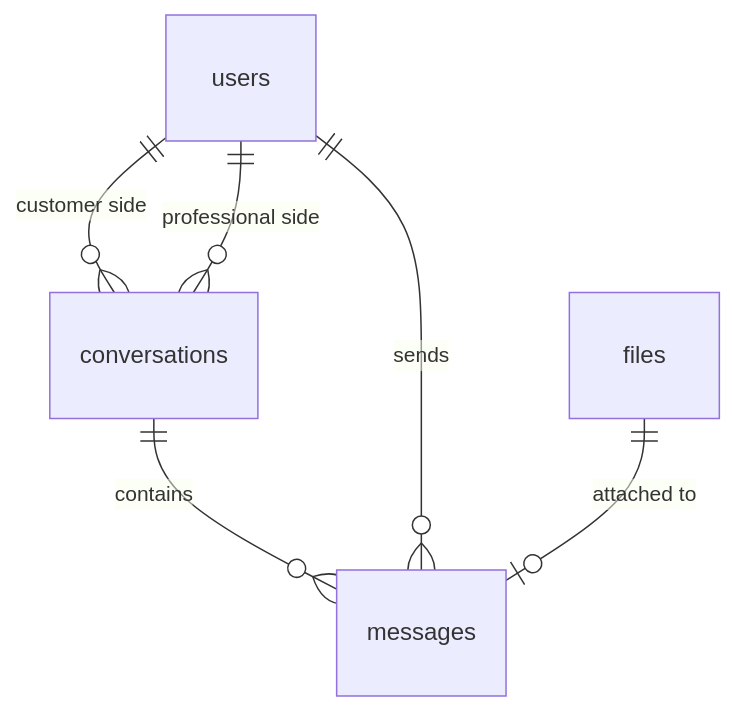
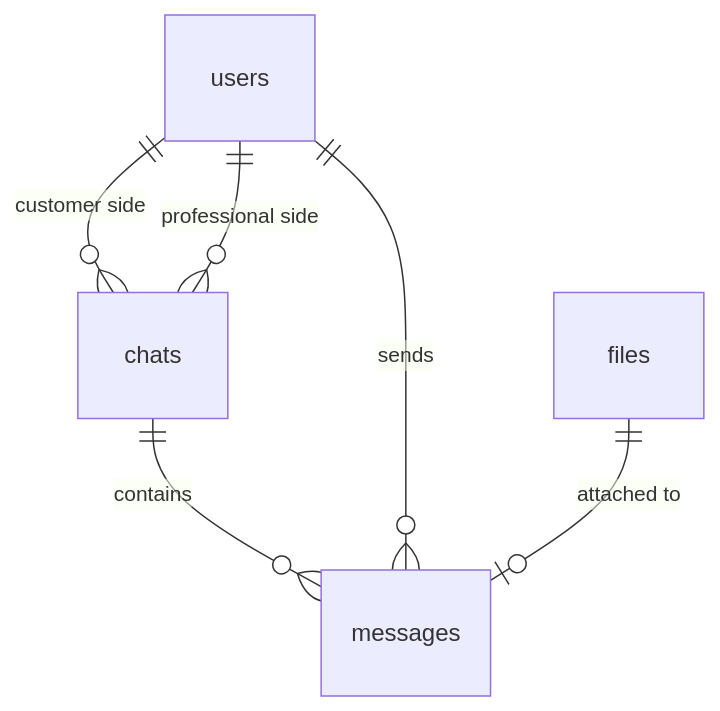
The fifth of 8 diagrams in docs/6 - Database Schema.md (Iarylkin/proFinder_backend), drawn with Mermaid before and after one commit. The commit also changed other lines of this file and 9 other files, not shown here.

````diff
--- a/docs/6 - Database Schema.md
+++ b/docs/6 - Database Schema.md
@@ -325,8 +325,8 @@
 ```mermaid
 erDiagram
-    users ||--o{ conversations : "customer side"
-    users ||--o{ conversations : "professional side"
-    conversations ||--o{ messages : contains
+    users ||--o{ chats : "customer side"
+    users ||--o{ chats : "professional side"
+    chats ||--o{ messages : contains
     users ||--o{ messages : sends
     files ||--o| messages : "attached to"
 ```
````
